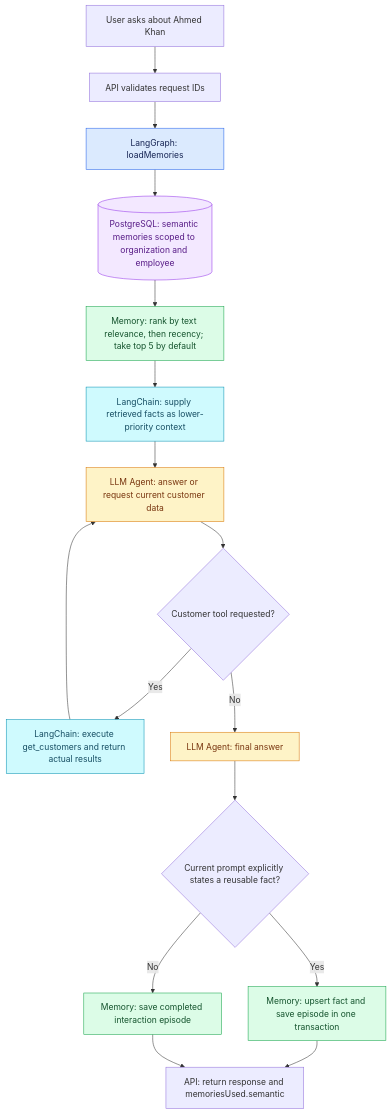
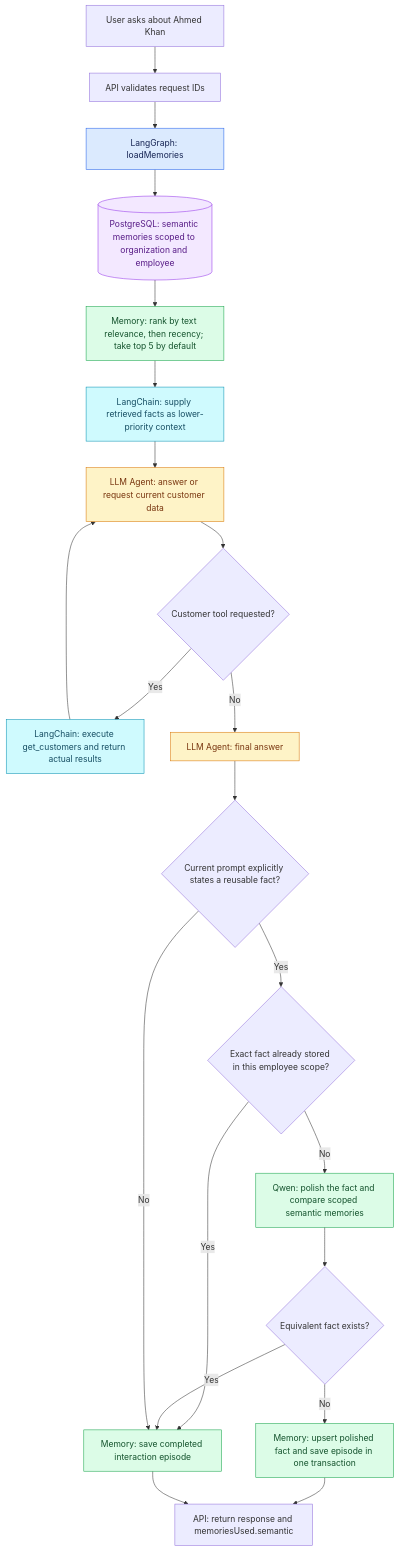
Before and after one commit to kamran186/langchain: the first of 3 diagrams in docs/memory-search-flowcharts.md, drawn with Mermaid. The commit also changed other lines of this file and 10 other files, not shown here.

Commit message:
feat: polish and deduplicate employee memories

````diff
--- a/docs/memory-search-flowcharts.md
+++ b/docs/memory-search-flowcharts.md
@@ -11,28 +11,33 @@
 ```mermaid
 flowchart TD
     userPrompt["User asks about Ahmed Khan"] --> apiScope["API validates request IDs"]
     apiScope --> loadNode["LangGraph: loadMemories"]
     loadNode --> semanticDb[("PostgreSQL: semantic memories scoped to organization and employee")]
     semanticDb --> semanticRank["Memory: rank by text relevance, then recency; take top 5 by default"]
     semanticRank --> semanticContext["LangChain: supply retrieved facts as lower-priority context"]
     semanticContext --> semanticAgent["LLM Agent: answer or request current customer data"]
     semanticAgent --> needsTool{"Customer tool requested?"}
     needsTool -- Yes --> customerTool["LangChain: execute get_customers and return actual results"]
     customerTool --> semanticAgent
     needsTool -- No --> semanticFinal["LLM Agent: final answer"]
     semanticFinal --> explicitFact{"Current prompt explicitly states a reusable fact?"}
-    explicitFact -- Yes --> semanticSave["Memory: upsert fact and save episode in one transaction"]
+    explicitFact -- Yes --> semanticExact{"Exact fact already stored in this employee scope?"}
+    semanticExact -- Yes --> semanticEpisode
+    semanticExact -- No --> semanticRefine["Qwen: polish the fact and compare scoped semantic memories"]
+    semanticRefine --> semanticDuplicate{"Equivalent fact exists?"}
+    semanticDuplicate -- Yes --> semanticEpisode
+    semanticDuplicate -- No --> semanticSave["Memory: upsert polished fact and save episode in one transaction"]
     explicitFact -- No --> semanticEpisode["Memory: save completed interaction episode"]
     semanticSave --> semanticResponse["API: return response and memoriesUsed.semantic"]
     semanticEpisode --> semanticResponse
     classDef graphNode fill:#dbeafe,stroke:#2563eb,color:#172554
     classDef memoryNode fill:#dcfce7,stroke:#16a34a,color:#14532d
     classDef chainNode fill:#cffafe,stroke:#0891b2,color:#164e63
     classDef agentNode fill:#fef3c7,stroke:#d97706,color:#78350f
     classDef dataNode fill:#f3e8ff,stroke:#9333ea,color:#581c87
     class loadNode graphNode
-    class semanticRank,semanticSave,semanticEpisode memoryNode
+    class semanticRank,semanticRefine,semanticSave,semanticEpisode memoryNode
     class semanticContext,customerTool chainNode
     class semanticAgent,semanticFinal agentNode
     class semanticDb dataNode
 ```
````
